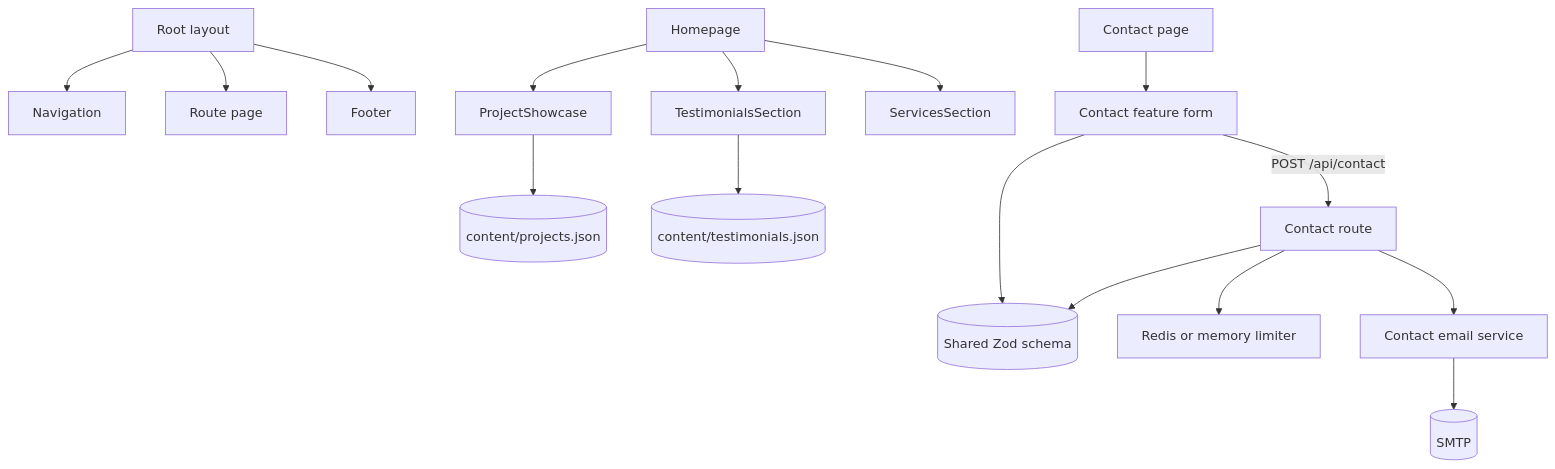
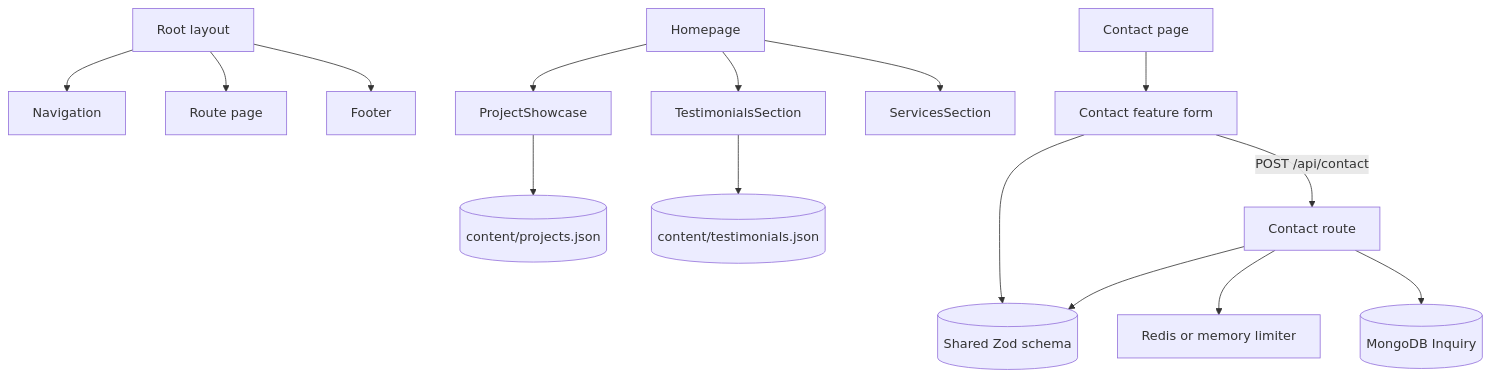
Before and after one commit to nlarge-global/nlarge-global-webste: the first of 2 diagrams in docs/ARCHITECTURE.md, drawn with Mermaid. The commit also changed other lines of this file and 80 other files, not shown here.

````diff
--- a/docs/ARCHITECTURE.md
+++ b/docs/ARCHITECTURE.md
@@ -88,20 +124,19 @@
 ```mermaid
 flowchart TD
     Layout[Root layout] --> Navigation
     Layout --> Page[Route page]
     Layout --> Footer
 
     Home[Homepage] --> ProjectShowcase
     Home --> TestimonialsSection
     Home --> ServicesSection
     ProjectShowcase --> Projects[(content/projects.json)]
     TestimonialsSection --> Testimonials[(content/testimonials.json)]
 
     ContactPage[Contact page] --> ContactForm[Contact feature form]
     ContactForm --> ContactSchema[(Shared Zod schema)]
     ContactForm -->|POST /api/contact| ContactAPI[Contact route]
     ContactAPI --> ContactSchema
     ContactAPI --> RateLimit[Redis or memory limiter]
-    ContactAPI --> Email[Contact email service]
-    Email --> SMTP[(SMTP)]
+    ContactAPI --> Inquiry[(MongoDB Inquiry)]
 ```
````
